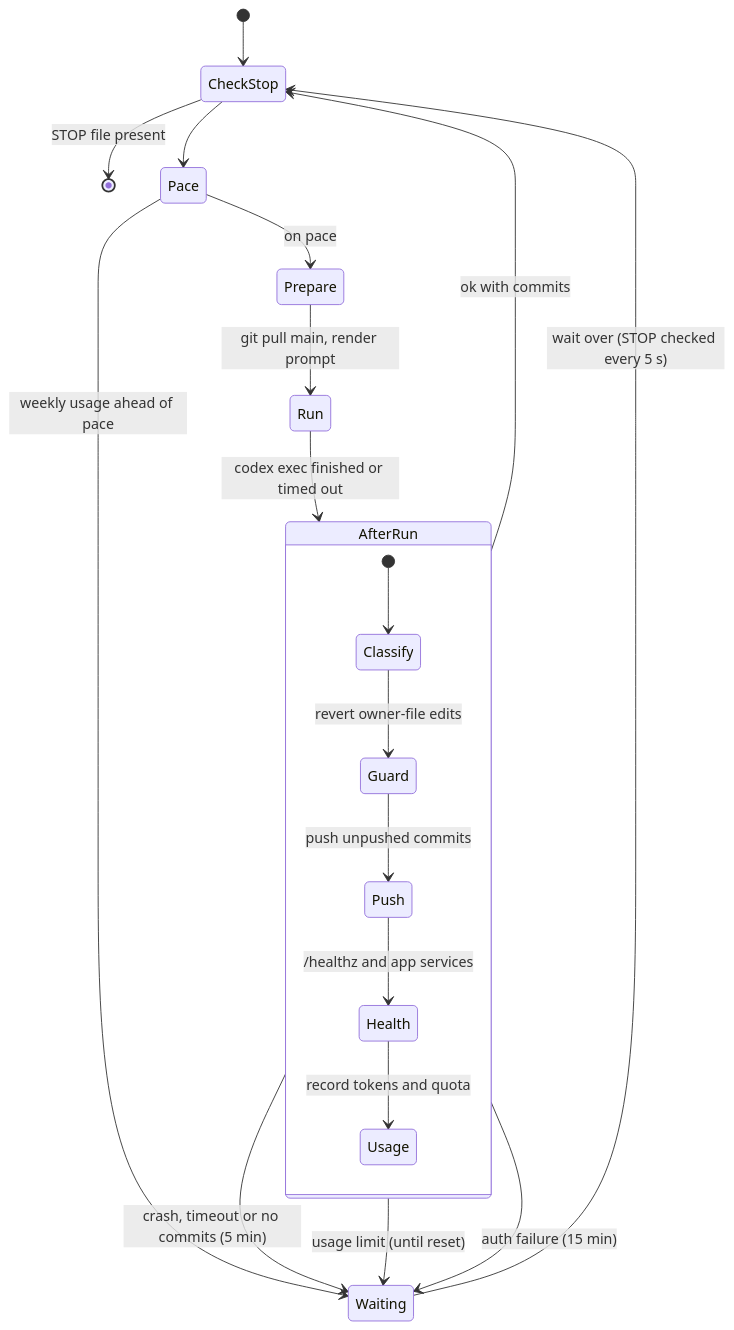
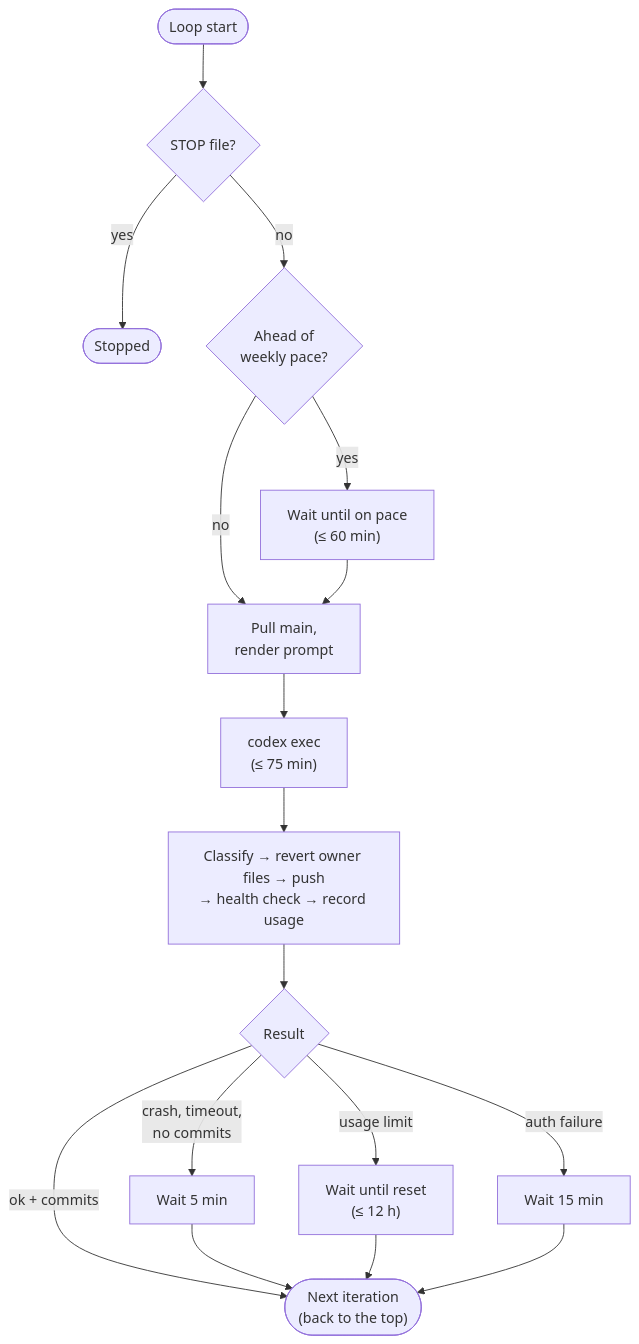
One commit to EmmadUsmani/news-digest changed the diagram in docs/handbook/02-agent/01-iteration-loop.md. Above: the diagram before and after it, drawn with Mermaid. The commit also changed other lines of this file and 10 other files, not shown here.

First line of the commit message:
Handbook: audit and fix every diagram for overlaps and clarity

````diff
--- a/docs/handbook/02-agent/01-iteration-loop.md
+++ b/docs/handbook/02-agent/01-iteration-loop.md
@@ -7,23 +7,19 @@
 ```mermaid
-stateDiagram-v2
-  [*] --> CheckStop
-  CheckStop --> [*]: STOP file present
-  CheckStop --> Pace
-  Pace --> Waiting: weekly usage ahead of pace
-  Pace --> Prepare: on pace
-  Prepare --> Run: git pull main, render prompt
-  Run --> AfterRun: codex exec finished or timed out
-  AfterRun --> CheckStop: ok with commits
-  AfterRun --> Waiting: crash, timeout or no commits (5 min)
-  AfterRun --> Waiting: usage limit (until reset)
-  AfterRun --> Waiting: auth failure (15 min)
-  Waiting --> CheckStop: wait over (STOP checked every 5 s)
-
-  state AfterRun {
-    [*] --> Classify
-    Classify --> Guard: revert owner-file edits
-    Guard --> Push: push unpushed commits
-    Push --> Health: /healthz and app services
-    Health --> Usage: record tokens and quota
-  }
+flowchart TB
+  start(["Loop start"]) --> stop{"STOP file?"}
+  stop -- yes --> done(["Stopped"])
+  stop -- no --> pace{"Ahead of<br/>weekly pace?"}
+  pace -- yes --> pw["Wait until on pace<br/>(≤ 60 min)"]
+  pace -- no --> prep["Pull main,<br/>render prompt"]
+  pw --> prep
+  prep --> run["codex exec<br/>(≤ 75 min)"]
+  run --> after["Classify → revert owner files → push<br/>→ health check → record usage"]
+  after --> res{"Result"}
+  res -- "ok + commits" --> next(["Next iteration<br/>(back to the top)"])
+  res -- "crash, timeout,<br/>no commits" --> w5["Wait 5 min"]
+  res -- "usage limit" --> wr["Wait until reset<br/>(≤ 12 h)"]
+  res -- "auth failure" --> w15["Wait 15 min"]
+  w5 --> next
+  wr --> next
+  w15 --> next
 ```
````
